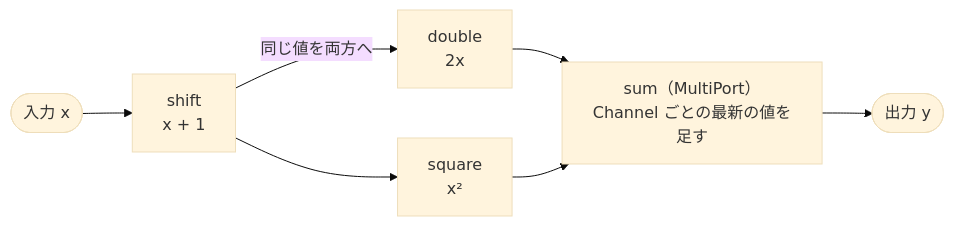
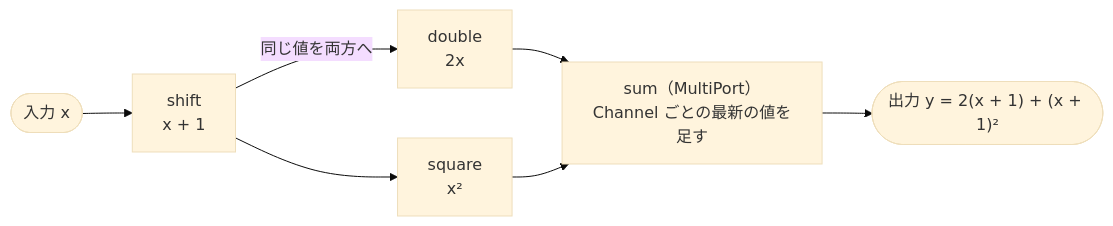
The first of 2 diagrams in docs/ja/topics/ports.md (Geson-anko/mujou), drawn with Mermaid (base theme) before and after one commit. The commit also changed other lines of this file and 49 other files, not shown here.

````diff
--- a/docs/ja/topics/ports.md
+++ b/docs/ja/topics/ports.md
@@ -205,9 +76,9 @@
 ```mermaid
 flowchart LR
     IN(["入力 x"]) --> SH["shift<br/>x + 1"]
     SH -->|"同じ値を両方へ"| D["double<br/>2x"]
     SH --> SQ["square<br/>x²"]
     D --> SUM["sum（MultiPort）<br/>Channel ごとの最新の値を足す"]
     SQ --> SUM
-    SUM --> OUT(["出力 y"])
+    SUM --> OUT(["出力 y = 2(x + 1) + (x + 1)²"])
 ```
````
